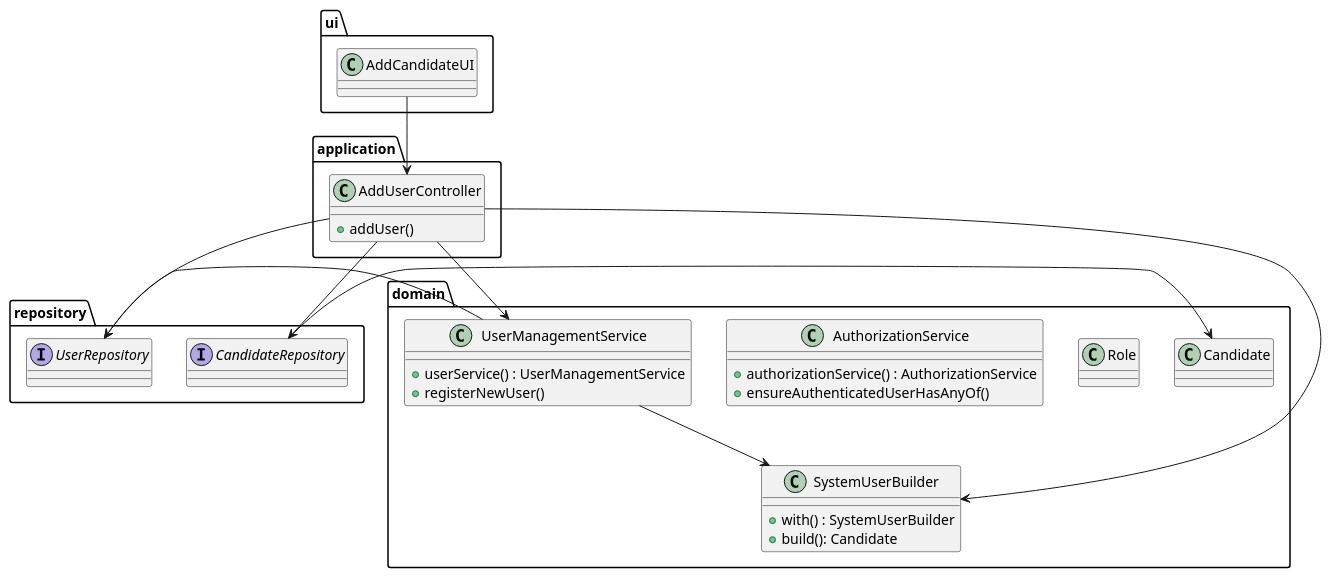
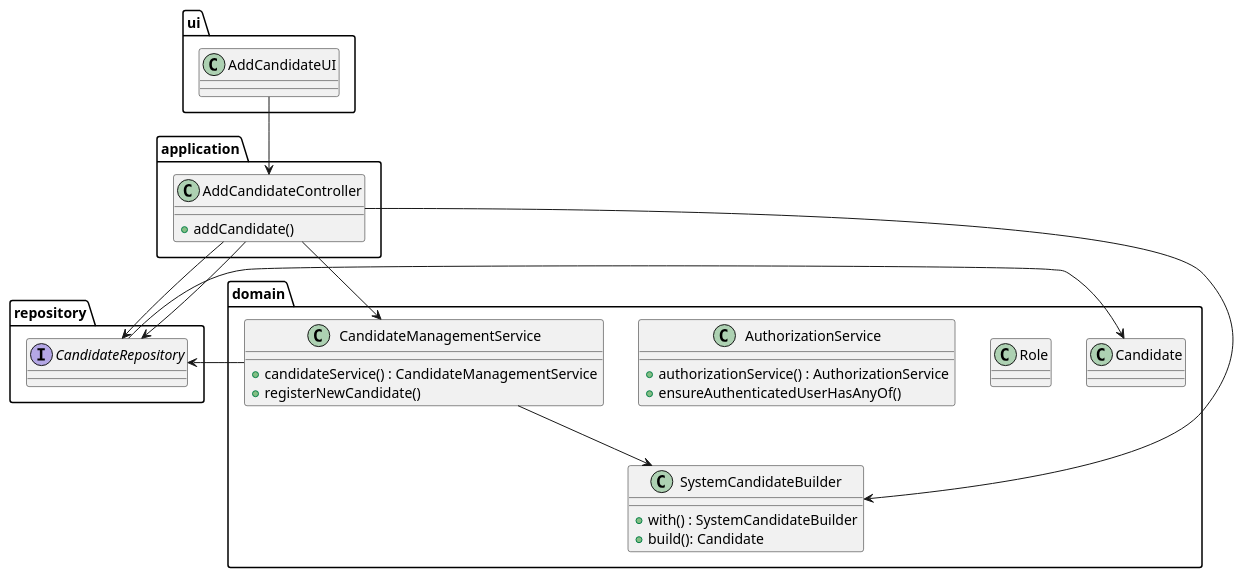
One commit to marcoferreira37/Lapr4 changed the diagram in docs/sprintB/2000a/puml/2000a-class-diagram.puml. Above: the diagram before and after it, drawn with PlantUML. The commit also changed 3 other files, not shown here.

```diff
--- a/docs/sprintB/2000a/puml/2000a-class-diagram.puml
+++ b/docs/sprintB/2000a/puml/2000a-class-diagram.puml
@@ -1,60 +1,59 @@
 @startuml
 
 
 
 
 package ui {
         class AddCandidateUI {
         }
     }
 
 
 
 
     package application {
-        class AddUserController {
-            +addUser()
+        class AddCandidateController {
+            +addCandidate()
         }
     }
 
     package repository {
-        interface UserRepository {
-        }
+
         interface CandidateRepository{
         }
     }
 
     package domain {
         class Role {}
 
         class AuthorizationService {
             +authorizationService() : AuthorizationService
             +ensureAuthenticatedUserHasAnyOf()
         }
 
-        class UserManagementService {
-            +userService() : UserManagementService
-            +registerNewUser()
+        class CandidateManagementService {
+            +candidateService() : CandidateManagementService
+            +registerNewCandidate()
         }
 
-        class SystemUserBuilder {
-            +with() : SystemUserBuilder
+        class SystemCandidateBuilder {
+            +with() : SystemCandidateBuilder
             +build(): Candidate
         }
 
         class Candidate {
         }
     }
 
 
 
-UserManagementService --> UserRepository
-UserManagementService --> SystemUserBuilder
-AddCandidateUI --> AddUserController
-AddUserController --> UserManagementService
-AddUserController --> SystemUserBuilder
-AddUserController --> UserRepository
-AddUserController --> CandidateRepository
+CandidateManagementService --> CandidateRepository
+CandidateManagementService --> SystemCandidateBuilder
+AddCandidateUI --> AddCandidateController
+AddCandidateController --> CandidateManagementService
+AddCandidateController --> SystemCandidateBuilder
+AddCandidateController --> CandidateRepository
+AddCandidateController --> CandidateRepository
 CandidateRepository -> Candidate
 
 @enduml
```
